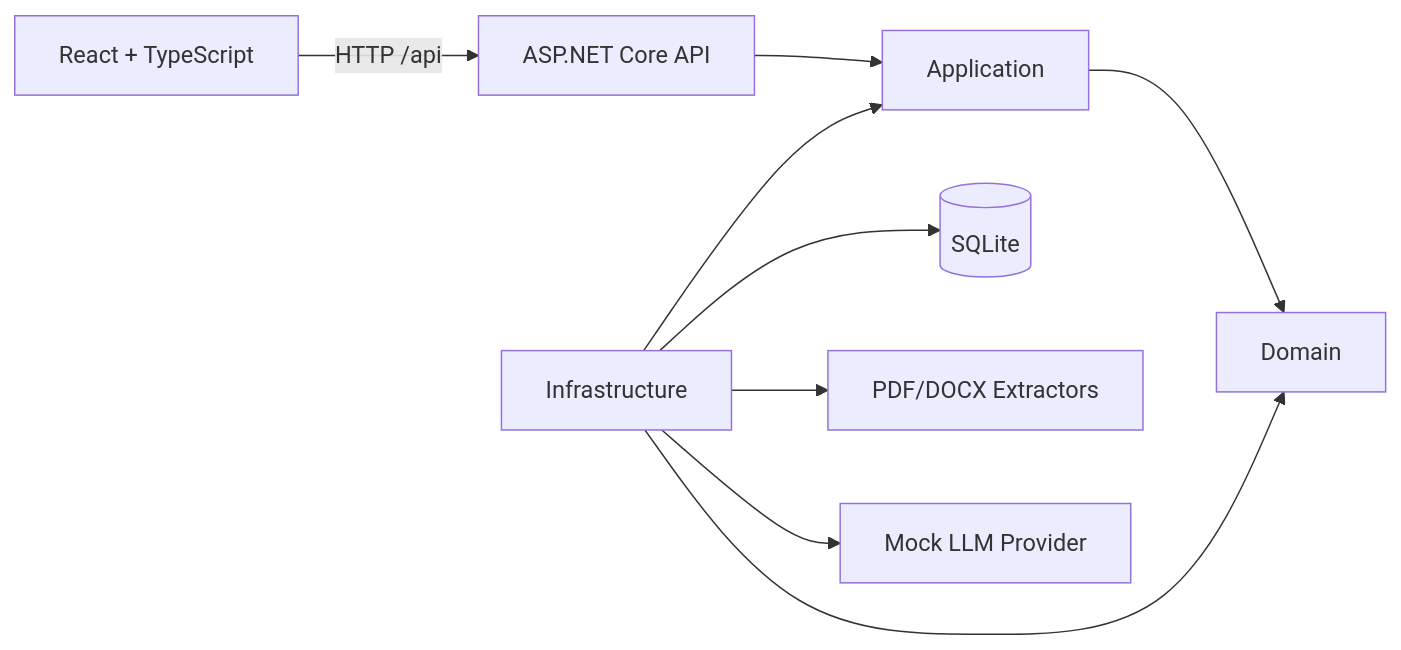
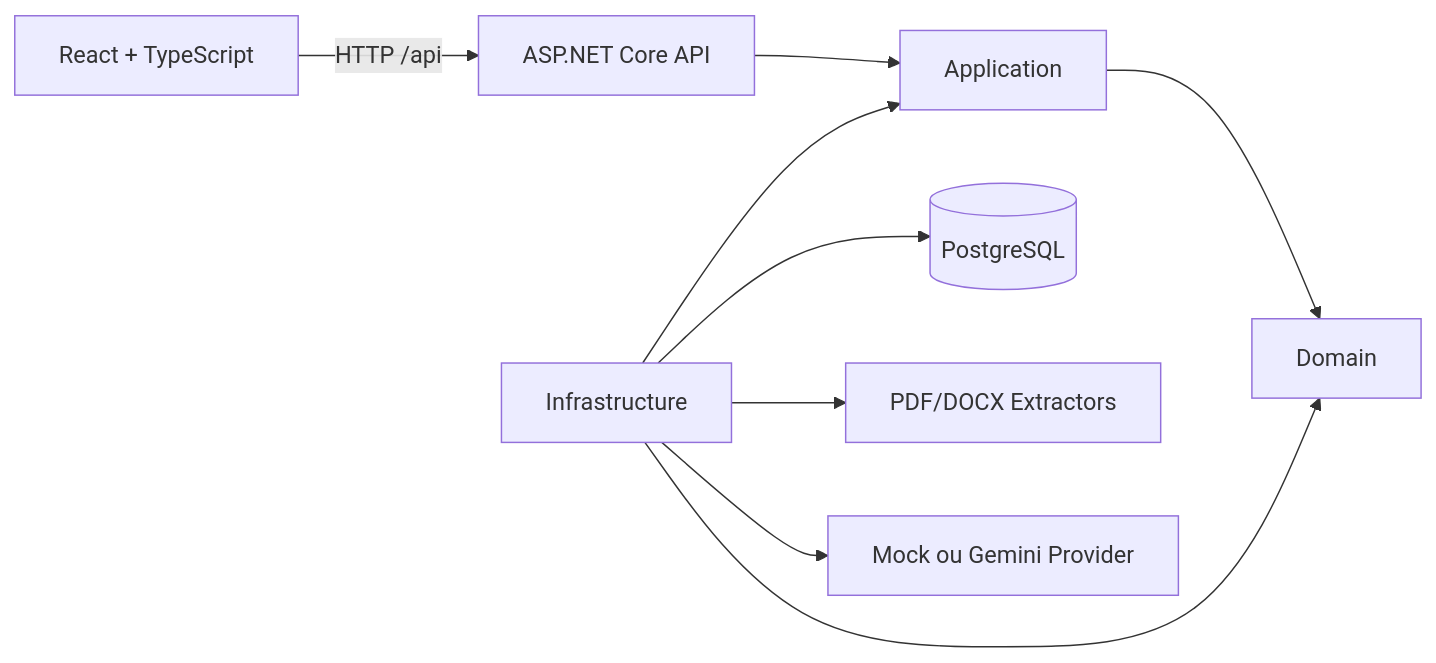
Before and after one commit to KevinRibeiroo/Resurva: the first of 2 diagrams in docs/ARCHITECTURE.md, drawn with Mermaid. The commit also changed other lines of this file and 23 other files, not shown here.

````diff
--- a/docs/ARCHITECTURE.md
+++ b/docs/ARCHITECTURE.md
@@ -9,11 +9,11 @@
 ```mermaid
 flowchart LR
     Browser[React + TypeScript] -->|HTTP /api| Api[ASP.NET Core API]
     Api --> Application[Application]
     Application --> Domain[Domain]
     Infrastructure[Infrastructure] --> Application
     Infrastructure --> Domain
-    Infrastructure --> SQLite[(SQLite)]
+    Infrastructure --> PostgreSQL[(PostgreSQL)]
     Infrastructure --> Extractors[PDF/DOCX Extractors]
-    Infrastructure --> Provider[Mock LLM Provider]
+    Infrastructure --> Provider[Mock ou Gemini Provider]
 ```
````
